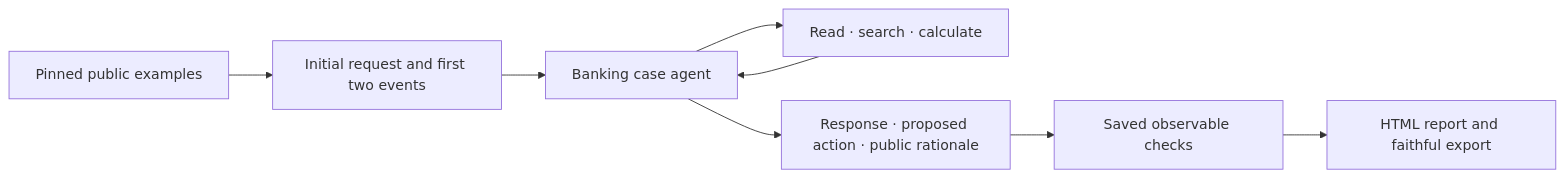
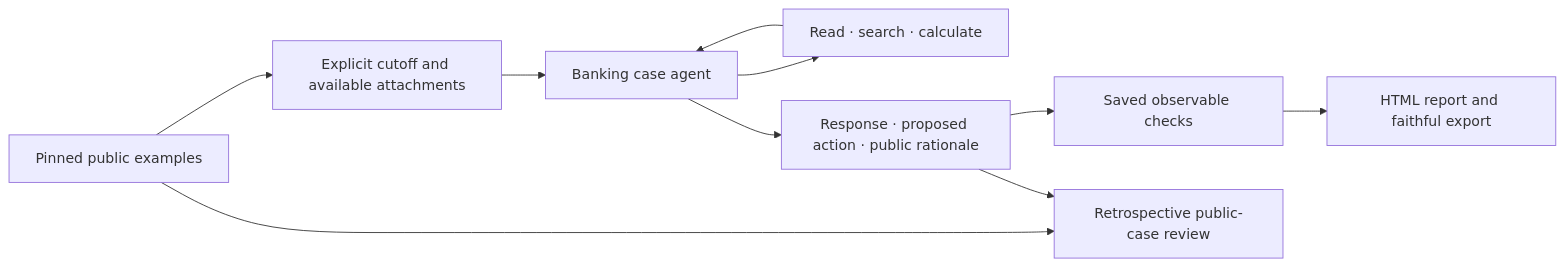
The diagram in README.md (xmanatee/dwelly-hack-2026), drawn with Mermaid before and after one commit. The commit also changed other lines of this file and 19 other files, not shown here.

Commit message:
Align banking snapshots and review workflow with the public data contract

````diff
--- a/README.md
+++ b/README.md
@@ -36,10 +38,12 @@
 ```mermaid
 flowchart LR
-    D[Pinned public examples] --> V[Initial request and first two events]
+    D[Pinned public examples] --> V[Explicit cutoff and available attachments]
     V --> A[Banking case agent]
     A --> T[Read · search · calculate]
     T --> A
     A --> S[Response · proposed action · public rationale]
     S --> E[Saved observable checks]
     E --> R[HTML report and faithful export]
+    D --> H[Retrospective public-case review]
+    S --> H
 ```
````
